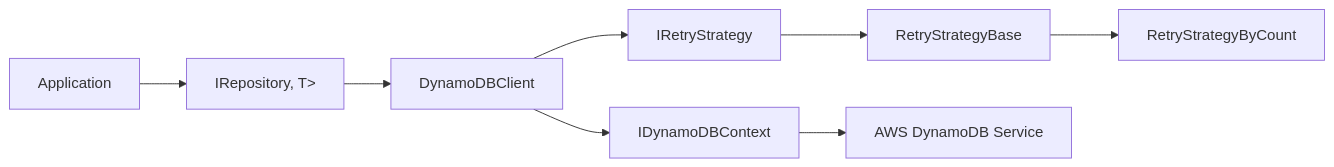
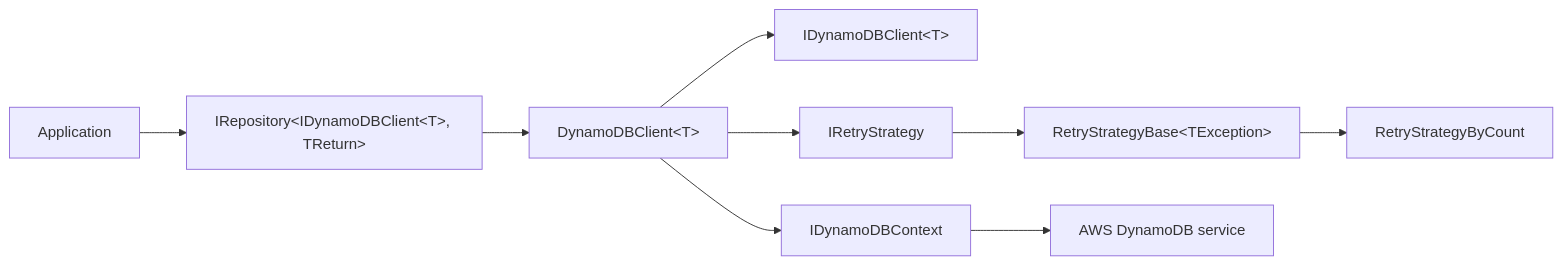
One commit to stoberman37/MnM.Common.Data changed the third of 4 diagrams in architecture.md. Above: the diagram before and after it, drawn with Mermaid. The commit also changed other lines of this file, not shown here.

Commit message:
fix architecture document

````diff
--- a/architecture.md
+++ b/architecture.md
@@ -169,10 +121,14 @@
 ```mermaid
 flowchart LR
-App[Application] --> Repo[IRepository<IDynamoDBClient<T>, T>]
-Repo --> DynClient[DynamoDBClient<T>]
-DynClient --> Ctx[IDynamoDBContext]
-DynClient --> Retry[IRetryStrategy]
-Retry --> RetryBase[RetryStrategyBase]
-RetryBase --> RetryCount[RetryStrategyByCount]
-Ctx --> Dynamo[AWS DynamoDB Service]
+  App[Application] --> Repo[IRepository&lt;IDynamoDBClient&lt;T&gt;, TReturn&gt;]
+  Repo --> DynClient[DynamoDBClient&lt;T&gt;]
+
+  DynClient --> DynInterface[IDynamoDBClient&lt;T&gt;]
+  DynClient --> Ctx[IDynamoDBContext]
+
+  DynClient --> Retry[IRetryStrategy]
+  Retry --> RetryBase[RetryStrategyBase&lt;TException&gt;]
+  RetryBase --> RetryCount[RetryStrategyByCount]
+
+  Ctx --> DynamoService[AWS DynamoDB service]
 ```
````
